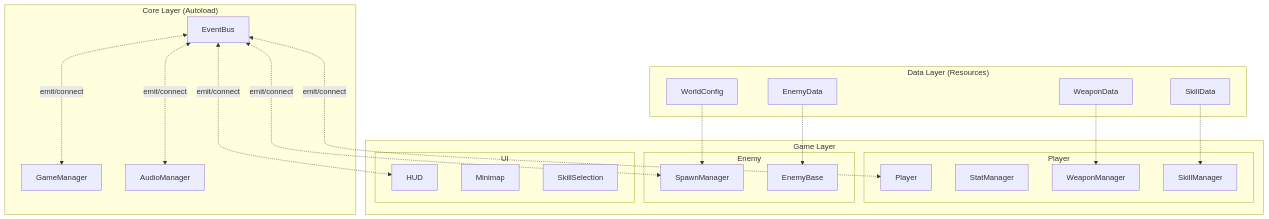
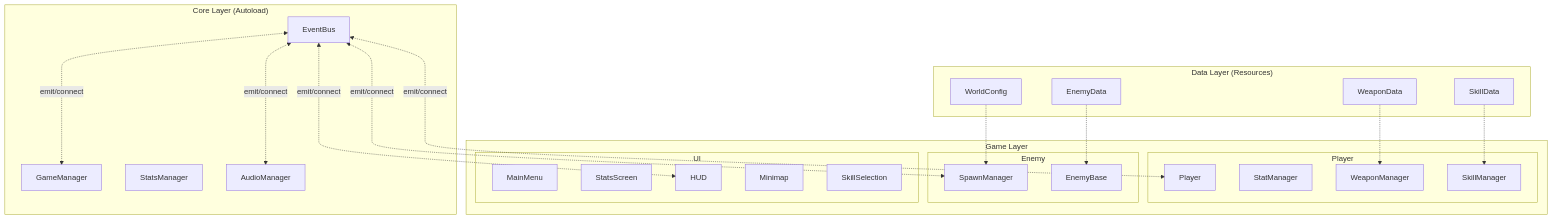
Before and after one commit to juuc/godot-games: the first of 4 diagrams in docs/architecture.md, drawn with Mermaid. The commit also changed other lines of this file and 3 other files, not shown here.

First line of the commit message:
docs: StatsManager 및 메인 메뉴 시스템 문서화

````diff
--- a/docs/architecture.md
+++ b/docs/architecture.md
@@ -73,48 +73,51 @@
 ```mermaid
 flowchart TB
     subgraph Core["Core Layer (Autoload)"]
         EB[EventBus]
         GM[GameManager]
+        SM_STATS[StatsManager]
         AM[AudioManager]
     end
 
     subgraph Game["Game Layer"]
         subgraph PlayerSys["Player"]
             P[Player]
             SM[StatManager]
             WM[WeaponManager]
             SKM[SkillManager]
         end
 
         subgraph EnemySys["Enemy"]
             SPAWN[SpawnManager]
             EN[EnemyBase]
         end
 
         subgraph UISys["UI"]
+            MENU[MainMenu]
+            STATS_UI[StatsScreen]
             HUD[HUD]
             MINI[Minimap]
             SKILL[SkillSelection]
         end
     end
 
     subgraph Data["Data Layer (Resources)"]
         WD[WeaponData]
         ED[EnemyData]
         SD[SkillData]
         WC[WorldConfig]
     end
 
     %% EventBus connections
     EB <-..->|emit/connect| P
     EB <-..->|emit/connect| SPAWN
     EB <-..->|emit/connect| HUD
     EB <-..->|emit/connect| GM
     EB <-..->|emit/connect| AM
 
     %% Data connections
     WD -.-> WM
     ED -.-> EN
     SD -.-> SKM
     WC -.-> SPAWN
 ```
````
